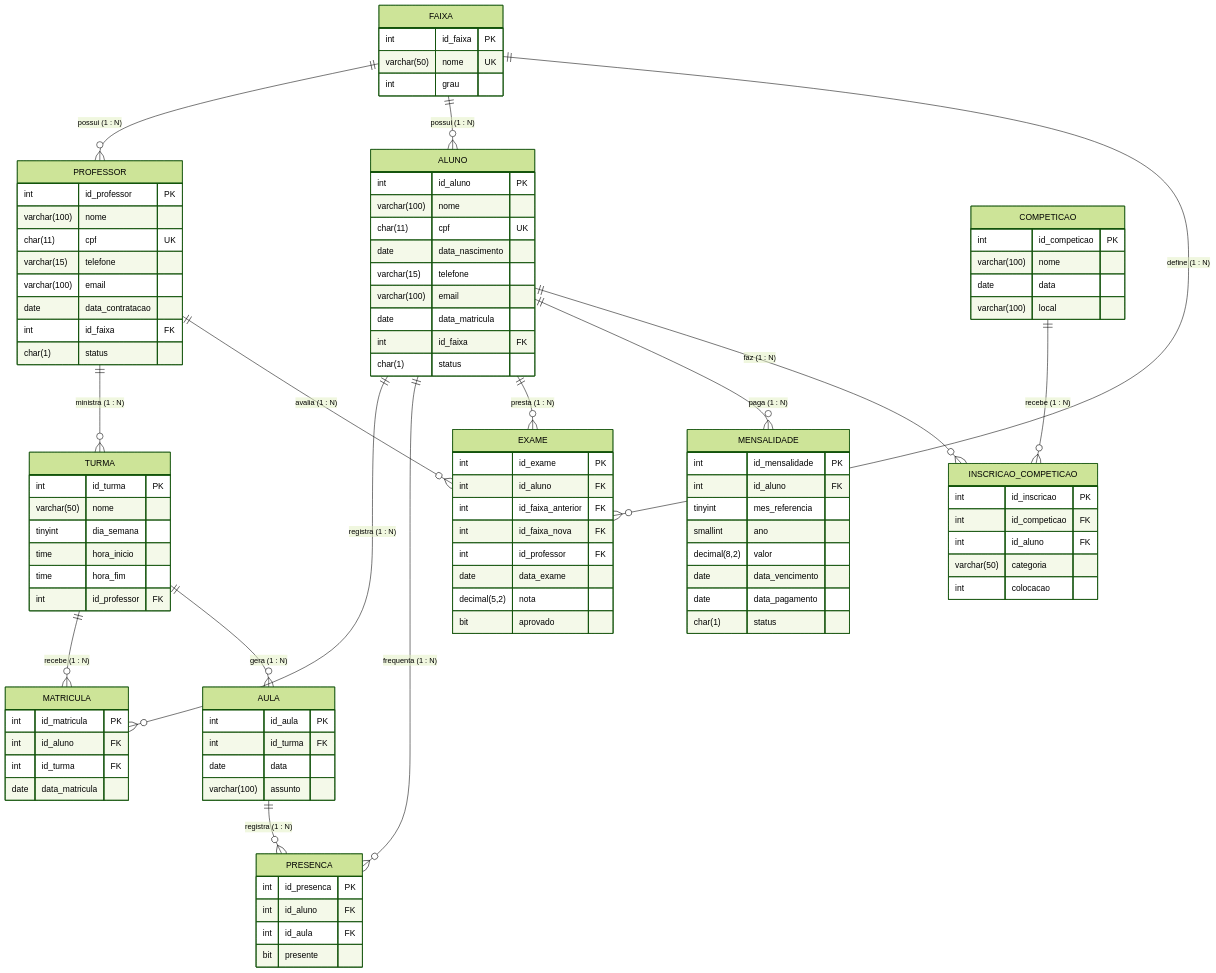
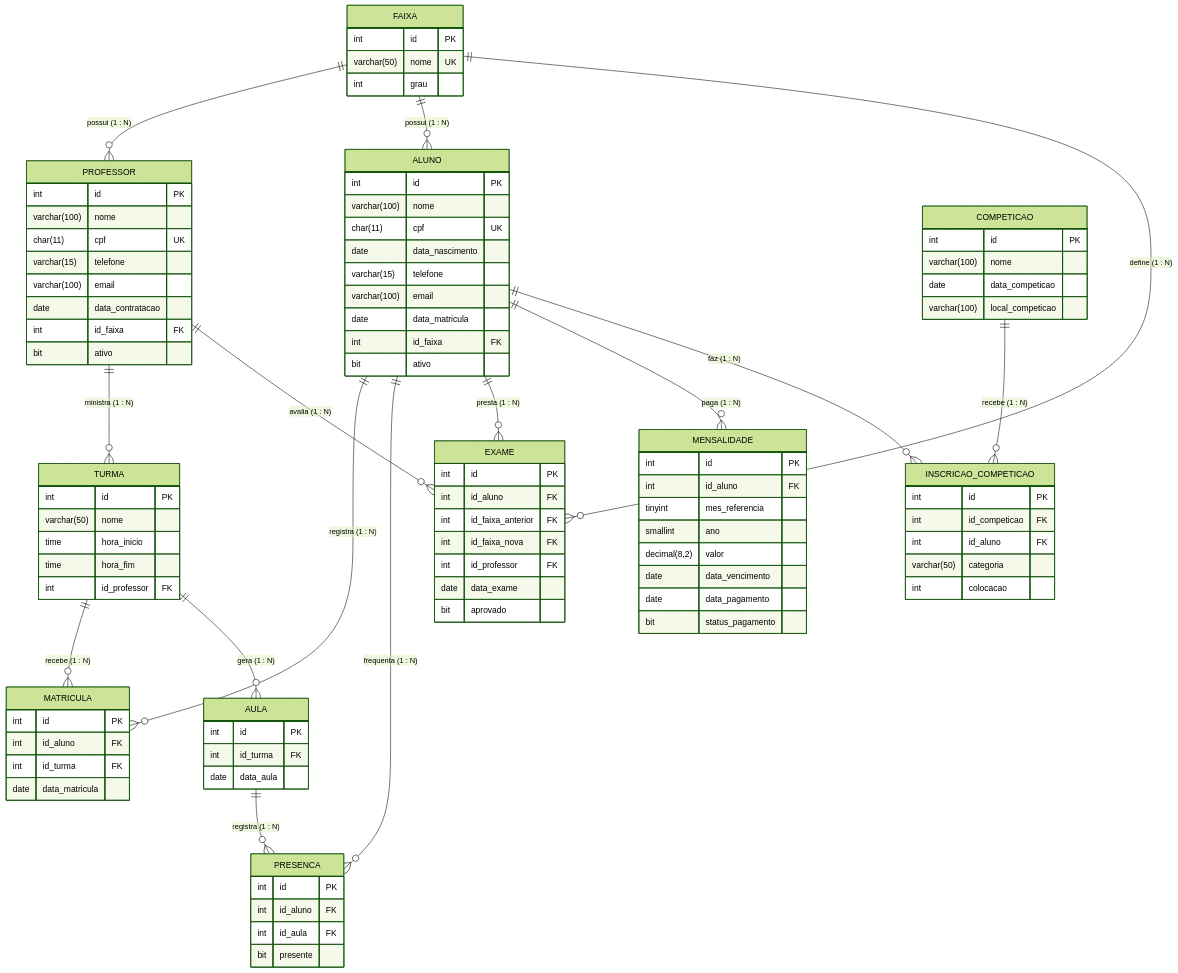
The diagram in README.md (lucas-oruncode/db-sctec), drawn with Mermaid (forest theme) before and after one commit.

````diff
--- a/README.md
+++ b/README.md
@@ -23,5 +23,6 @@
 ```mermaid
 erDiagram
+
     FAIXA ||--o{ PROFESSOR : "possui (1 : N)"
     FAIXA ||--o{ ALUNO : "possui (1 : N)"
     FAIXA ||--o{ EXAME : "define (1 : N)"
@@ -38,22 +39,24 @@
     ALUNO ||--o{ INSCRICAO_COMPETICAO : "faz (1 : N)"
 
     FAIXA {
-        int id_faixa PK
+        int id PK
         varchar(50) nome UK
         int grau
     }
+
     PROFESSOR {
-        int id_professor PK
+        int id PK
         varchar(100) nome
         char(11) cpf UK
         varchar(15) telefone
         varchar(100) email
         date data_contratacao
         int id_faixa FK
-        char(1) status
+        bit ativo
     }
+
     ALUNO {
-        int id_aluno PK
+        int id PK
         varchar(100) nome
         char(11) cpf UK
         date data_nascimento
@@ -61,62 +64,67 @@
         varchar(100) email
         date data_matricula
         int id_faixa FK
-        char(1) status
+        bit ativo
     }
+
     MENSALIDADE {
-        int id_mensalidade PK
+        int id PK
         int id_aluno FK
         tinyint mes_referencia
         smallint ano
         decimal(8,2) valor
         date data_vencimento
         date data_pagamento
-        char(1) status
+        bit status_pagamento
     }
+
     TURMA {
-        int id_turma PK
+        int id PK
         varchar(50) nome
-        tinyint dia_semana
         time hora_inicio
         time hora_fim
         int id_professor FK
     }
+
     EXAME {
-        int id_exame PK
+        int id PK
         int id_aluno FK
         int id_faixa_anterior FK
         int id_faixa_nova FK
         int id_professor FK
         date data_exame
-        decimal(5,2) nota
         bit aprovado
     }
+
     MATRICULA {
-        int id_matricula PK
+        int id PK
         int id_aluno FK
         int id_turma FK
         date data_matricula
     }
+
     COMPETICAO {
-        int id_competicao PK
+        int id PK
         varchar(100) nome
-        date data
-        varchar(100) local
+        date data_competicao
+        varchar(100) local_competicao
     }
+
     AULA {
-        int id_aula PK
+        int id PK
         int id_turma FK
-        date data
-        varchar(100) assunto
+        date data_aula
     }
+
     PRESENCA {
-        int id_presenca PK
+        int id PK
         int id_aluno FK
         int id_aula FK
         bit presente
     }
+
     INSCRICAO_COMPETICAO {
-        int id_inscricao PK
+        int id PK
         int id_competicao FK
         int id_aluno FK
         varchar(50) categoria
````
